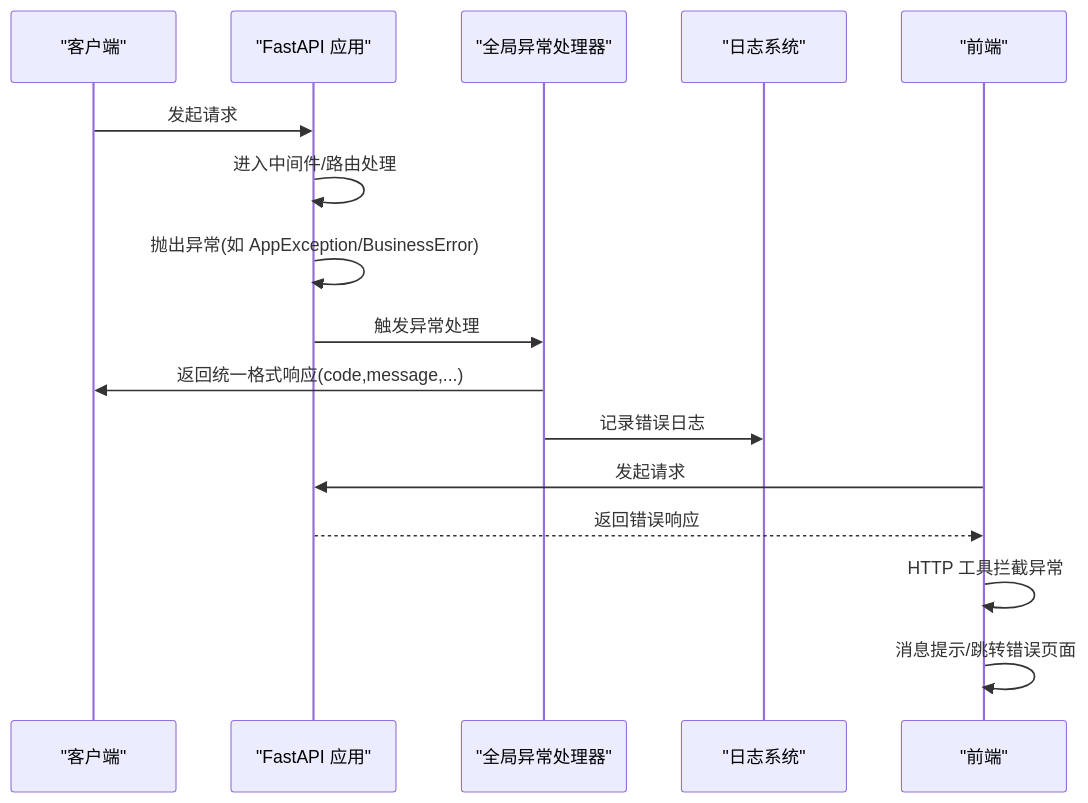
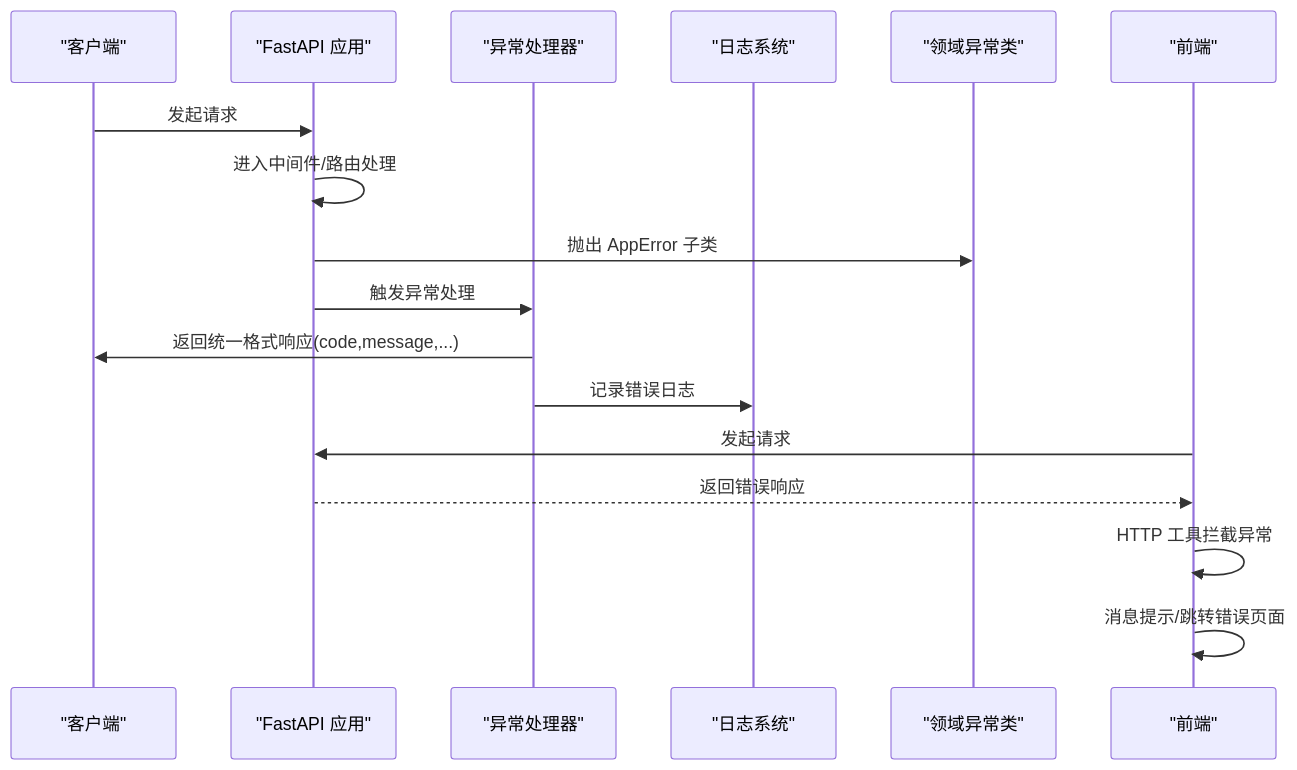
The second of 8 diagrams in .qoder/repowiki/zh/content/项目概述/核心特性/异常处理.md (taoweidong/Hello-FastApi), drawn with Mermaid before and after one commit. The commit also changed other lines of this file and 22 other files, not shown here.

````diff
--- a/.qoder/repowiki/zh/content/项目概述/核心特性/异常处理.md
+++ b/.qoder/repowiki/zh/content/项目概述/核心特性/异常处理.md
@@ -116,18 +125,19 @@
 ```mermaid
 sequenceDiagram
 participant Client as "客户端"
 participant API as "FastAPI 应用"
-participant Handler as "全局异常处理器"
+participant Handler as "异常处理器"
 participant Logger as "日志系统"
+participant Domain as "领域异常类"
 participant Front as "前端"
 Client->>API : 发起请求
 API->>API : 进入中间件/路由处理
-API->>API : 抛出异常(如 AppException/BusinessError)
+API->>Domain : 抛出 AppError 子类
 API->>Handler : 触发异常处理
 Handler->>Client : 返回统一格式响应(code,message,...)
 Handler->>Logger : 记录错误日志
 Front->>API : 发起请求
 API-->>Front : 返回错误响应
 Front->>Front : HTTP 工具拦截异常
 Front->>Front : 消息提示/跳转错误页面
 ```
````
